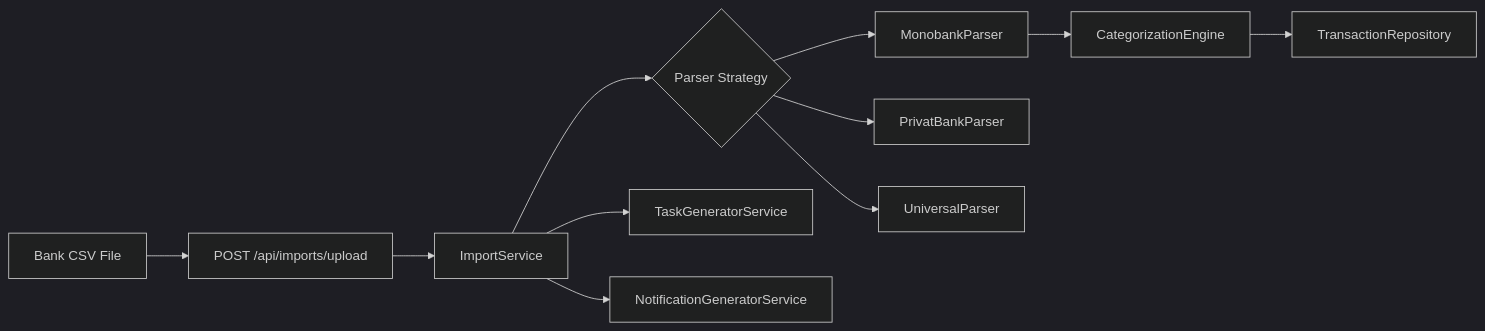
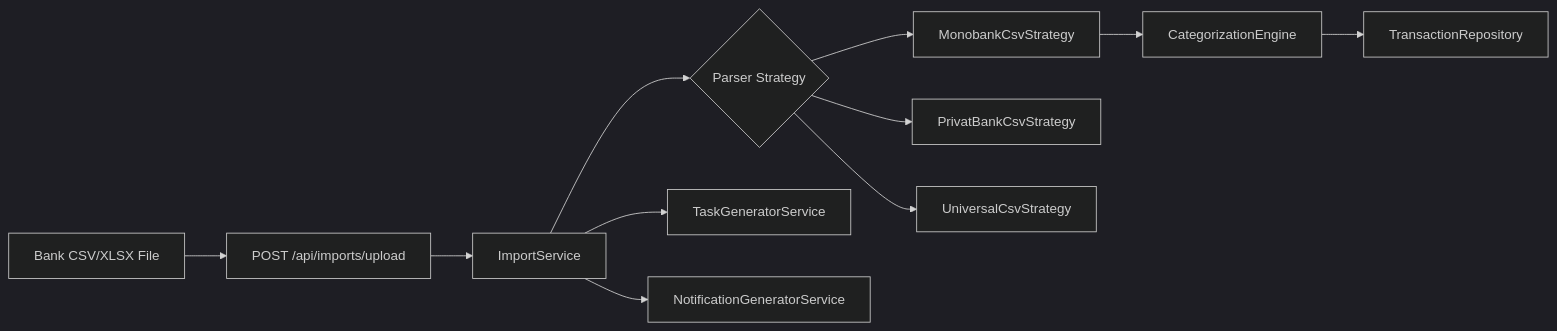
The diagram in docs/architecture/integration-architecture.md (YevheniiaDem/flowiq-backend), drawn with Mermaid (dark theme) before and after one commit. The commit also changed other lines of this file and 13 other files, not shown here.

First line of the commit message:
Move bank integrations to planned status with roadmap and feature flag.

````diff
--- a/docs/architecture/integration-architecture.md
+++ b/docs/architecture/integration-architecture.md
@@ -7,13 +7,13 @@
 ```mermaid
 flowchart LR
-    CSV[Bank CSV File] --> UP[POST /api/imports/upload]
+    CSV[Bank CSV/XLSX File] --> UP[POST /api/imports/upload]
     UP --> IS[ImportService]
     IS --> PARSER{Parser Strategy}
-    PARSER --> MONO[MonobankParser]
-    PARSER --> PRIV[PrivatBankParser]
-    PARSER --> UNI[UniversalParser]
+    PARSER --> MONO[MonobankCsvStrategy]
+    PARSER --> PRIV[PrivatBankCsvStrategy]
+    PARSER --> UNI[UniversalCsvStrategy]
     MONO --> CE[CategorizationEngine]
     CE --> TR[TransactionRepository]
     IS --> TGS[TaskGeneratorService]
     IS --> NGS[NotificationGeneratorService]
 ```
````
